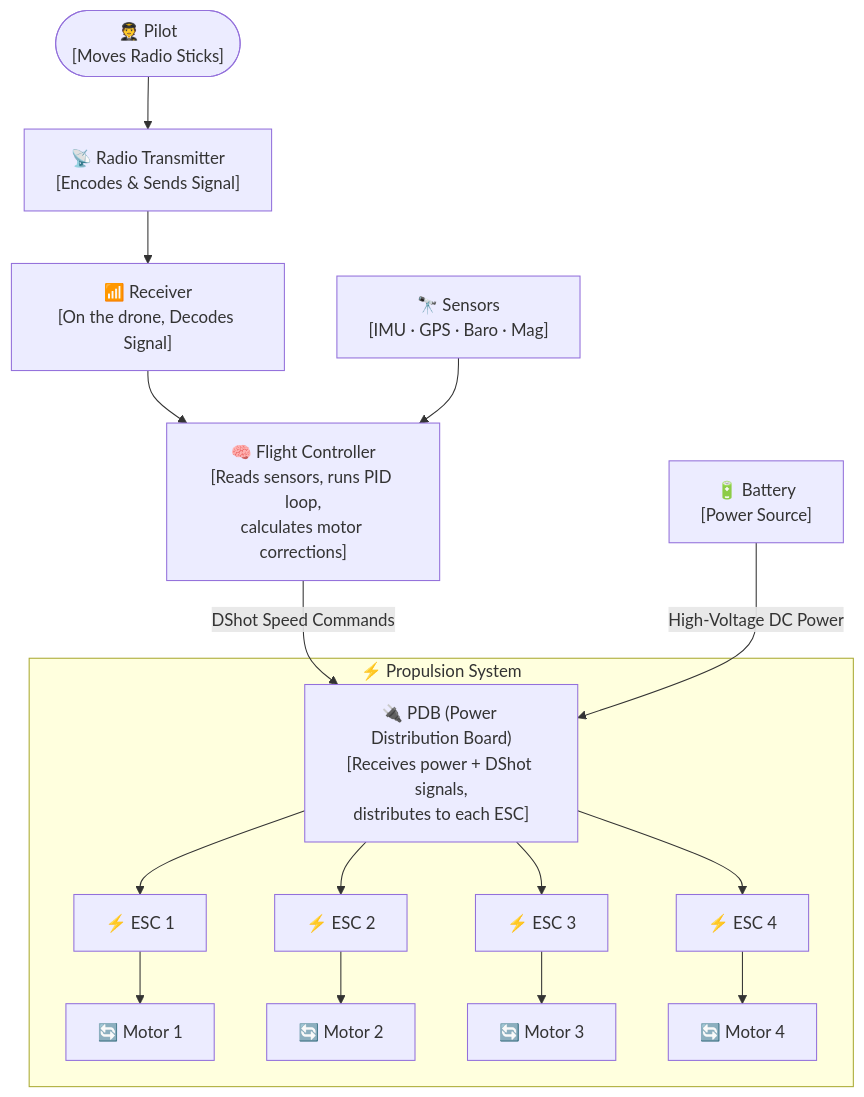
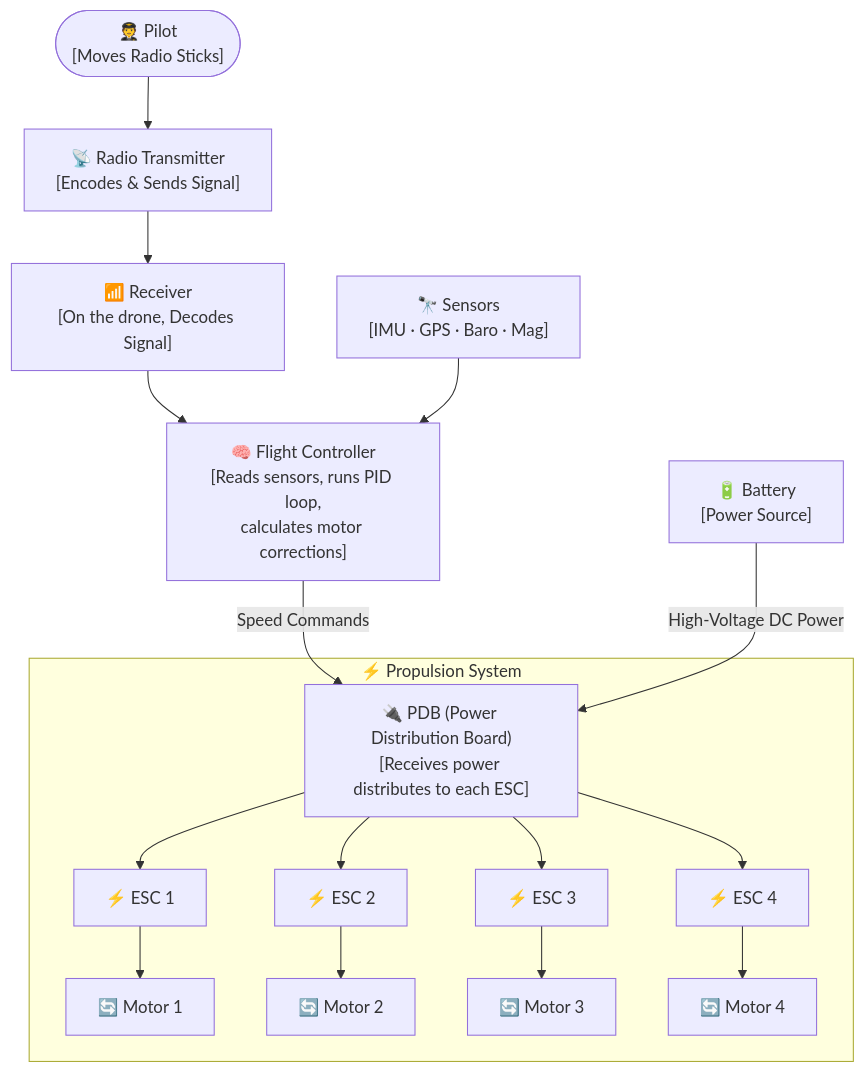
The first of 10 diagrams in docs/content/basics.md (oyegunmen/JanFlight), drawn with Mermaid before and after one commit. The commit also changed other lines of this file and 5 other files, not shown here.

````diff
--- a/docs/content/basics.md
+++ b/docs/content/basics.md
@@ -51,23 +40,23 @@
 ```mermaid
 flowchart TD
     Pilot(["🧑‍✈️ Pilot\n[Moves Radio Sticks]"])
     TX["📡 Radio Transmitter\n[Encodes & Sends Signal]"]
     RX["📶 Receiver\n[On the drone, Decodes Signal]"]
     FC["🧠 Flight Controller\n[Reads sensors, runs PID loop,\ncalculates motor corrections]"]
     BAT["🔋 Battery\n[Power Source]"]
     SENSORS["🔭 Sensors\n[IMU · GPS · Baro · Mag]"]
 
     Pilot --> TX --> RX --> FC
     SENSORS --> FC
 
     subgraph PROP["⚡ Propulsion System"]
-        PDB["🔌 PDB (Power Distribution Board)\n[Receives power + DShot signals,\ndistributes to each ESC]"]
+        PDB["🔌 PDB (Power Distribution Board)\n[Receives power \ndistributes to each ESC]"]
         PDB --> ESC1["⚡ ESC 1"] --> M1["🔄 Motor 1"]
         PDB --> ESC2["⚡ ESC 2"] --> M2["🔄 Motor 2"]
         PDB --> ESC3["⚡ ESC 3"] --> M3["🔄 Motor 3"]
         PDB --> ESC4["⚡ ESC 4"] --> M4["🔄 Motor 4"]
     end
 
-    FC  -->|"DShot Speed Commands"| PDB
+    FC  -->|"Speed Commands"| PDB
     BAT -->|"High-Voltage DC Power"| PDB
 ```
````
